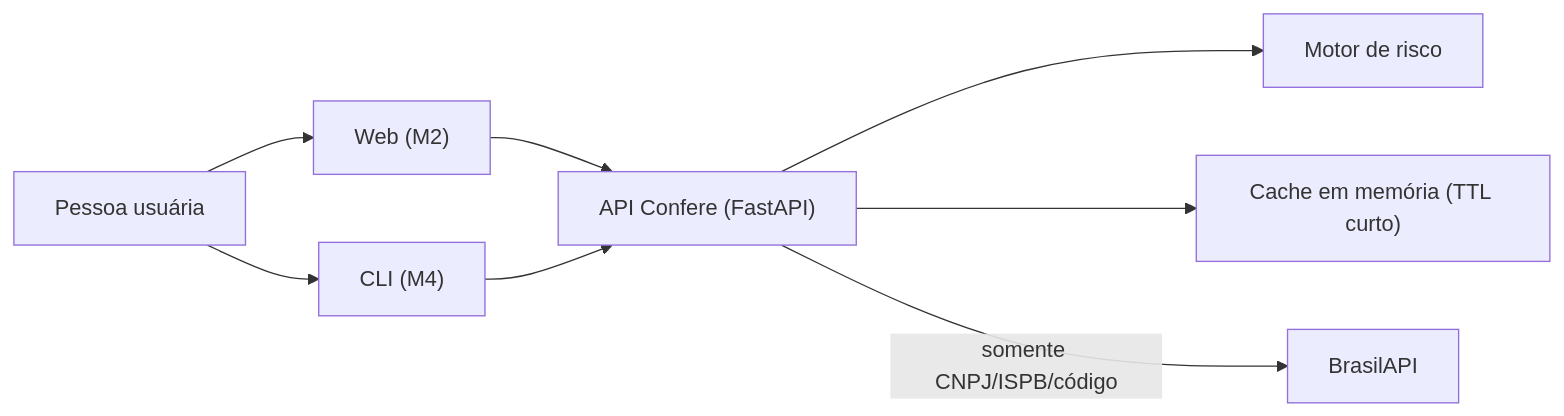
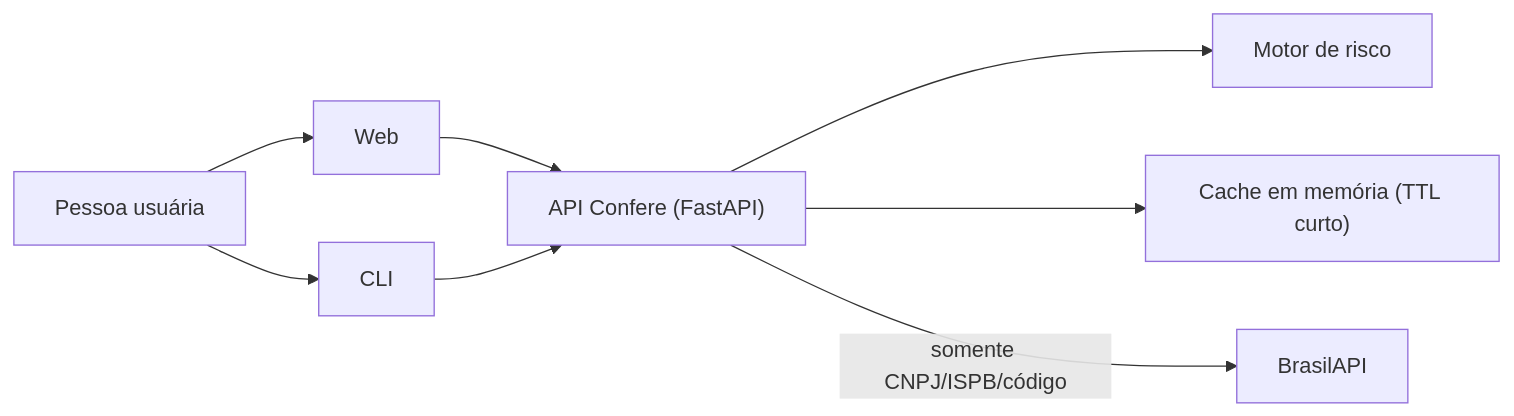
Before and after one commit to EttoreCSenatore/confere: the diagram in website/docs/tecnico/arquitetura.md, drawn with Mermaid. The commit also changed other lines of this file and 48 other files, not shown here.

````diff
--- a/website/docs/tecnico/arquitetura.md
+++ b/website/docs/tecnico/arquitetura.md
@@ -10,10 +10,10 @@
 ```mermaid
 flowchart LR
-  U["Pessoa usuária"] --> W["Web (M2)"]
-  U --> C["CLI (M4)"]
+  U["Pessoa usuária"] --> W["Web"]
+  U --> C["CLI"]
   W --> A["API Confere (FastAPI)"]
   C --> A
   A --> R["Motor de risco"]
   A --> K["Cache em memória (TTL curto)"]
   A -->|"somente CNPJ/ISPB/código"| B["BrasilAPI"]
 ```
````
